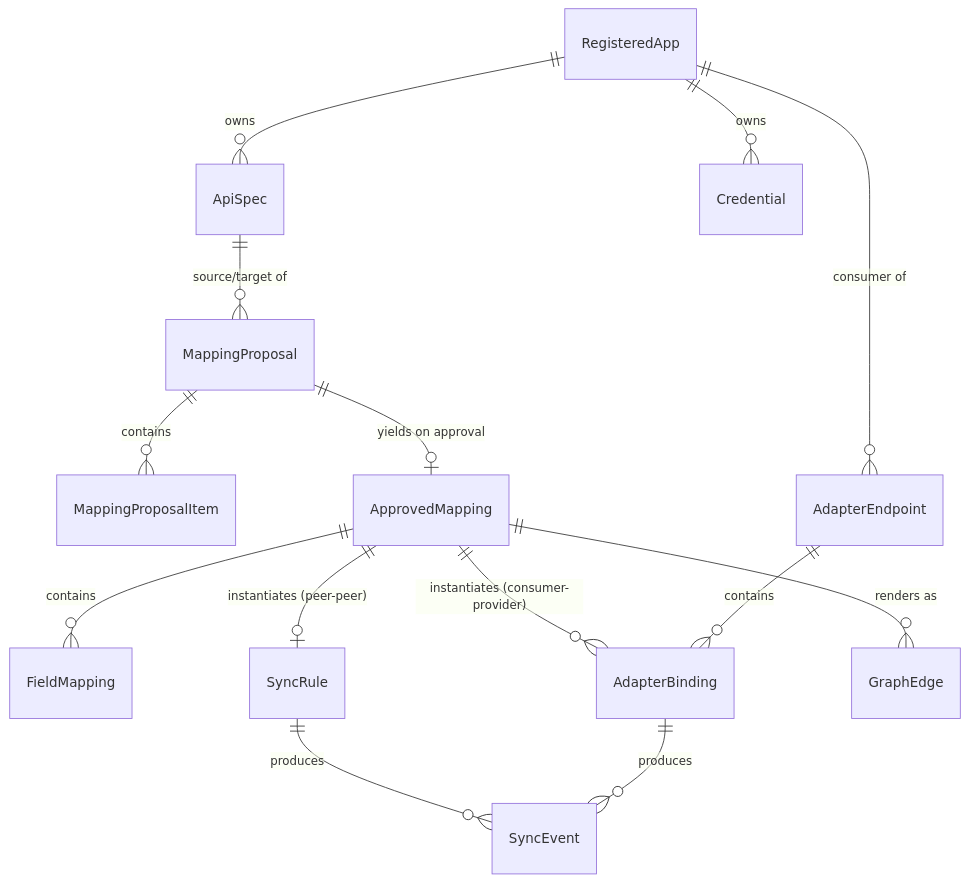
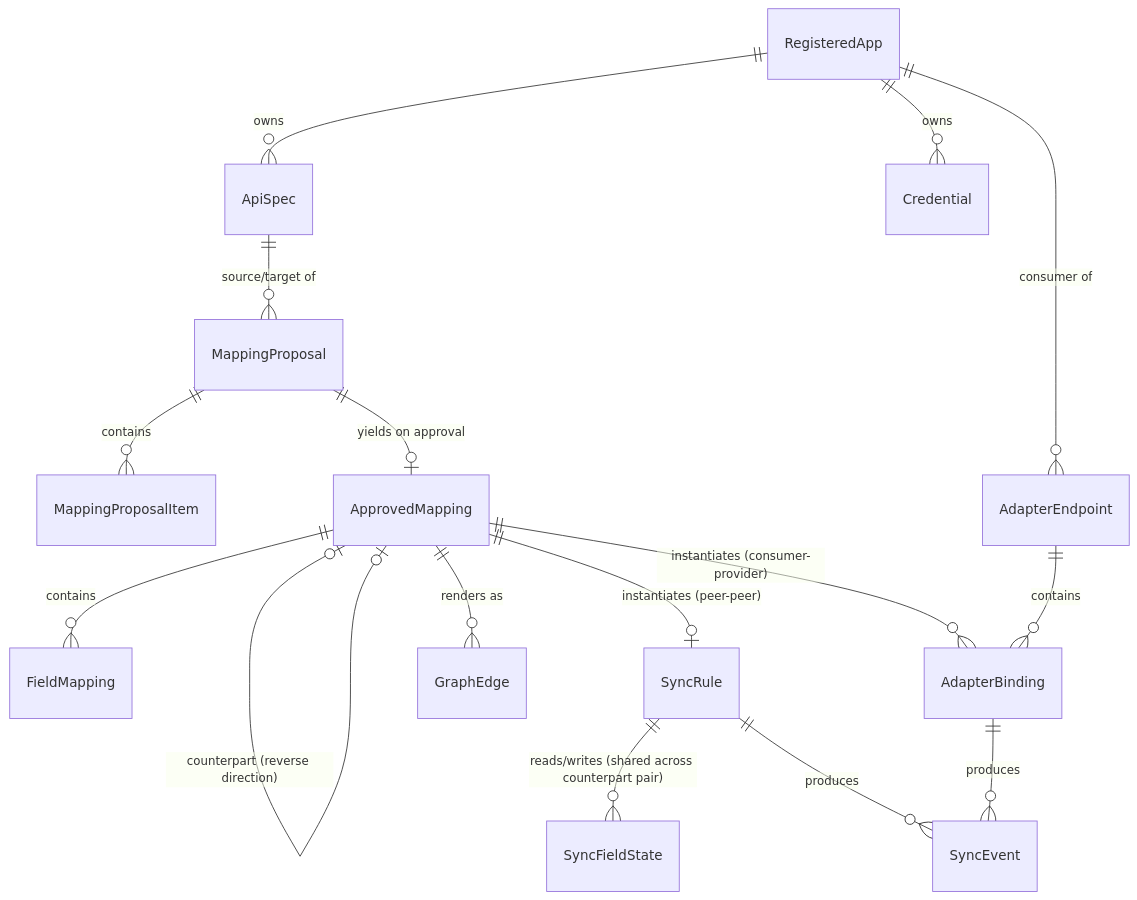
The diagram in docs/architecture/data-model.md (geprog/api-mediator), drawn with Mermaid before and after one commit. The commit also changed other lines of this file and 9 other files, not shown here.

````diff
--- a/docs/architecture/data-model.md
+++ b/docs/architecture/data-model.md
@@ -109,16 +123,18 @@
 ```mermaid
 erDiagram
     RegisteredApp ||--o{ ApiSpec : owns
     RegisteredApp ||--o{ Credential : owns
     ApiSpec ||--o{ MappingProposal : "source/target of"
     MappingProposal ||--o{ MappingProposalItem : contains
     MappingProposal ||--o| ApprovedMapping : "yields on approval"
+    ApprovedMapping |o--o| ApprovedMapping : "counterpart (reverse direction)"
     ApprovedMapping ||--o{ FieldMapping : contains
     ApprovedMapping ||--o| SyncRule : "instantiates (peer-peer)"
     ApprovedMapping ||--o{ AdapterBinding : "instantiates (consumer-provider)"
+    SyncRule ||--o{ SyncFieldState : "reads/writes (shared across counterpart pair)"
     AdapterEndpoint ||--o{ AdapterBinding : contains
     RegisteredApp ||--o{ AdapterEndpoint : "consumer of"
     ApprovedMapping ||--o{ GraphEdge : "renders as"
     SyncRule ||--o{ SyncEvent : produces
     AdapterBinding ||--o{ SyncEvent : produces
 ```
````
